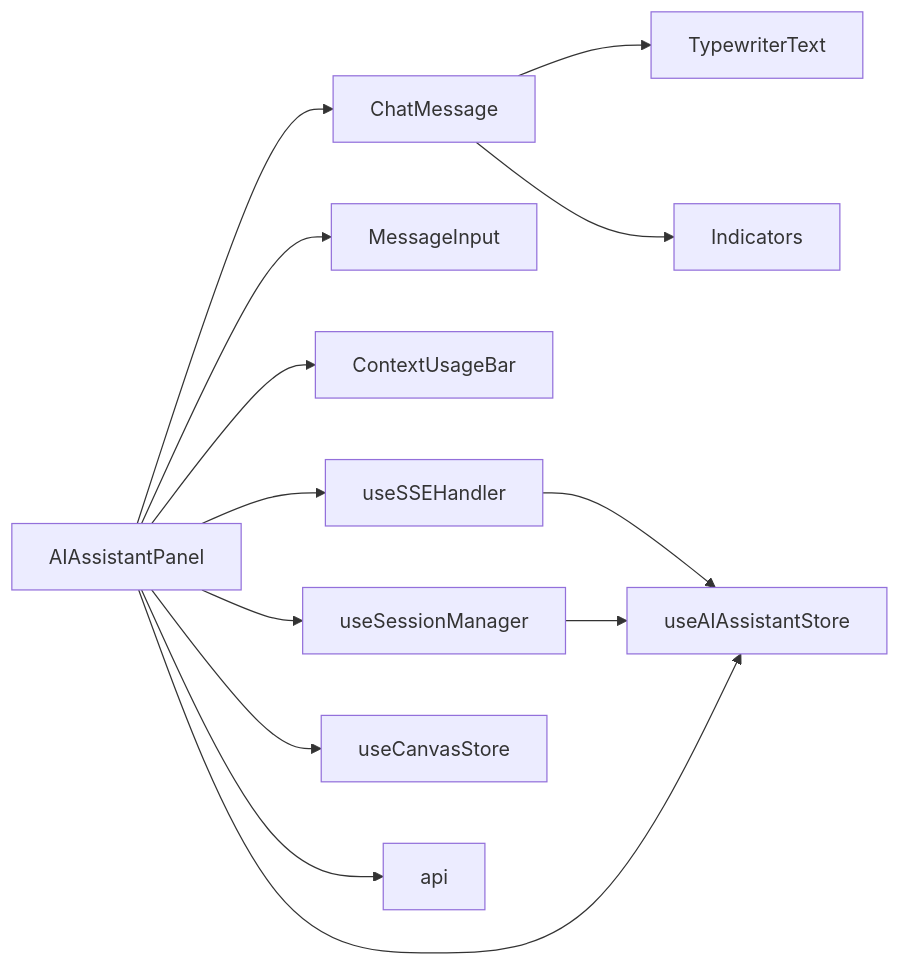
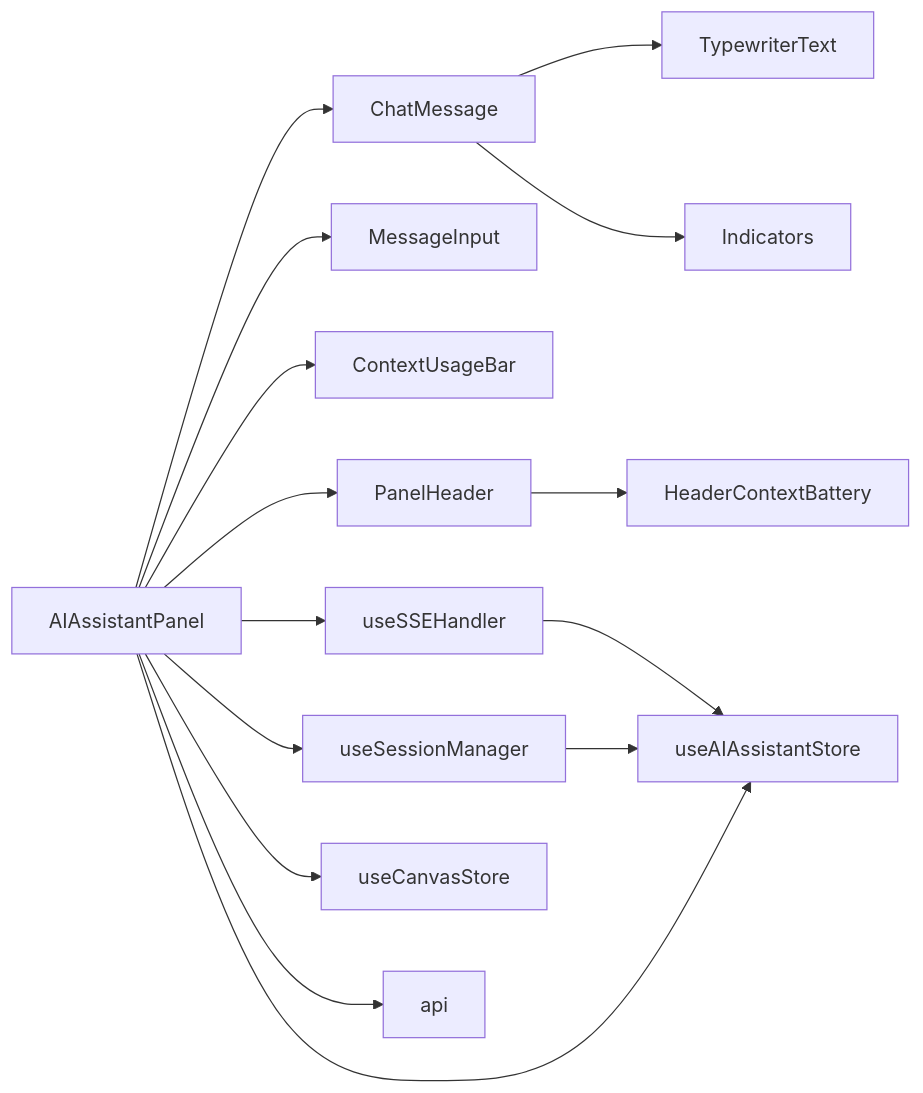
Before and after one commit to KunLabAI/KunFlix: the ninth of 9 diagrams in .qoder/repowiki/zh/content/前端应用架构/UI组件库/AI助手组件.md, drawn with Mermaid. The commit also changed other lines of this file and 9 other files, not shown here.

````diff
--- a/.qoder/repowiki/zh/content/前端应用架构/UI组件库/AI助手组件.md
+++ b/.qoder/repowiki/zh/content/前端应用架构/UI组件库/AI助手组件.md
@@ -392,15 +452,17 @@
 ```mermaid
 graph LR
 Panel["AIAssistantPanel"] --> Msg["ChatMessage"]
 Panel --> Input["MessageInput"]
 Panel --> ContextBar["ContextUsageBar"]
+Panel --> Header["PanelHeader"]
+Header --> HeaderContextBattery["HeaderContextBattery"]
 Panel --> SSE["useSSEHandler"]
 Panel --> Session["useSessionManager"]
 Msg --> Typewriter["TypewriterText"]
 Msg --> Indicators["Indicators"]
 SSE --> Store["useAIAssistantStore"]
 Session --> Store
 Panel --> Store
 Panel --> CanvasStore["useCanvasStore"]
 Panel --> API["api"]
 ```
````
